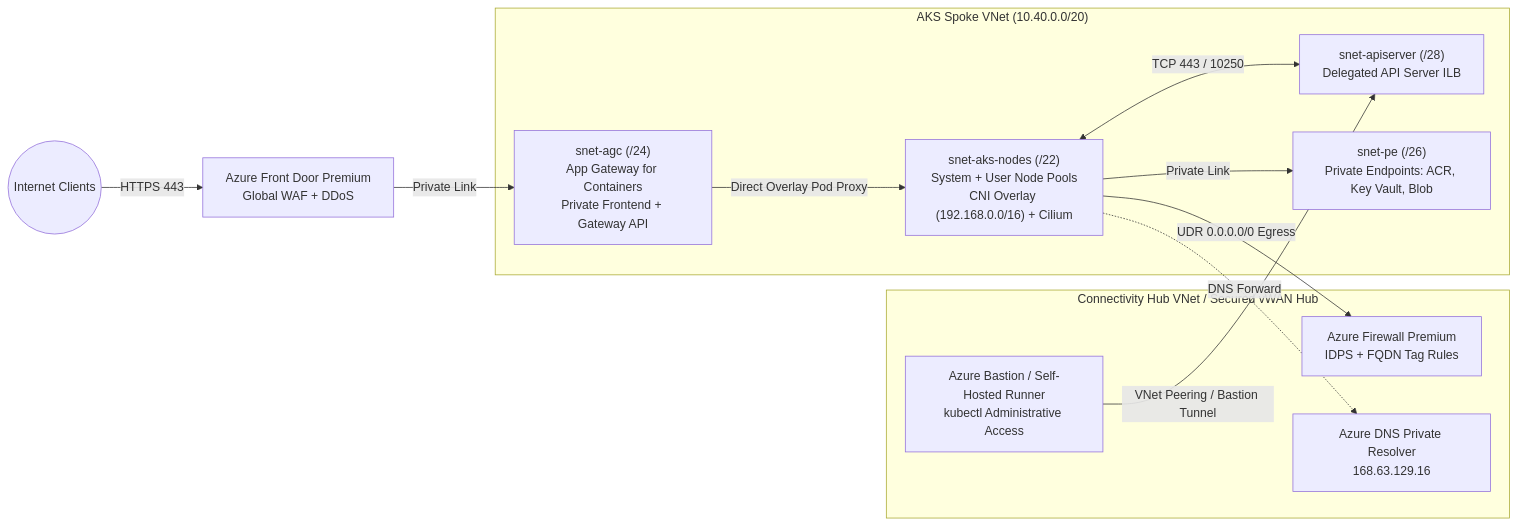
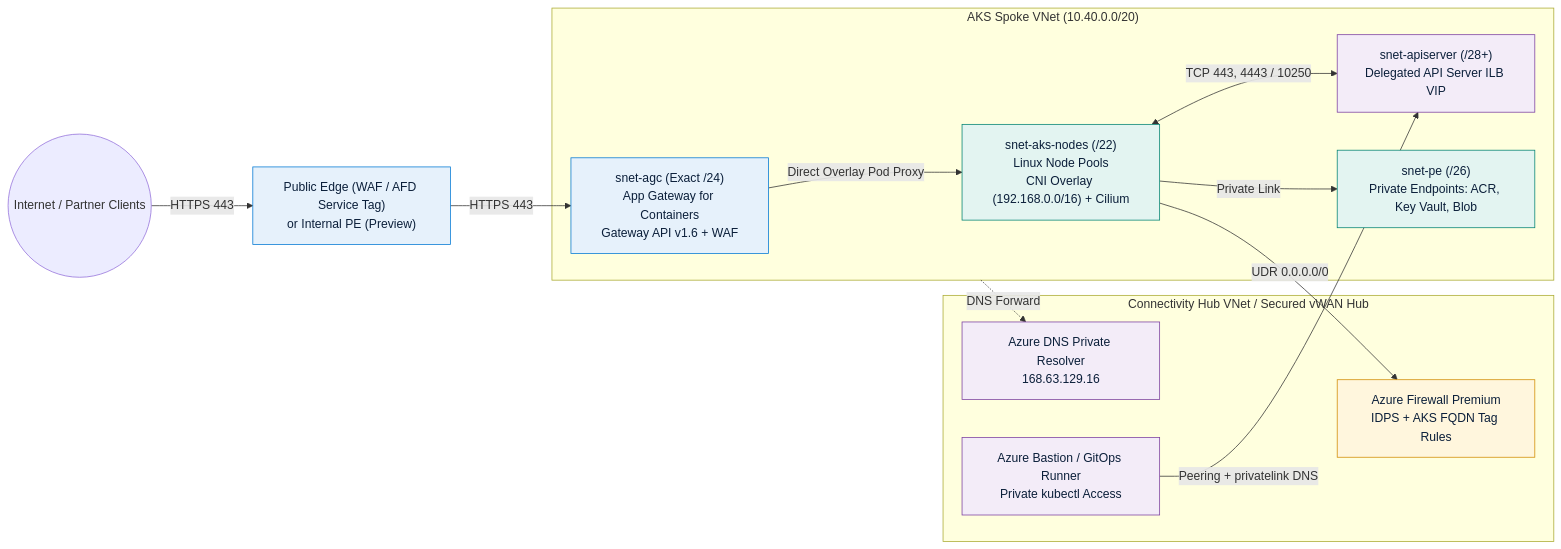
One commit to jonathan-vella/azure-networking changed the second of 2 diagrams in src/content/docs/05-workload-networking/aks-networking.md. Above: the diagram before and after it, drawn with Mermaid. The commit also changed other lines of this file and 5 other files, not shown here.

Commit message:
docs(workloads): verify AKS, AVS Gen 1/2, Foundry & Fabric networking and add SVG diagrams

````diff
--- a/src/content/docs/05-workload-networking/aks-networking.md
+++ b/src/content/docs/05-workload-networking/aks-networking.md
@@ -153,27 +174,32 @@
 ```mermaid
 flowchart LR
-  Internet(("Internet Clients"))
-  AFD["Azure Front Door Premium<br/>Global WAF + DDoS"]
+  classDef edge fill:#E6F1FB,stroke:#0078D4,color:#0B1F3A
+  classDef hub fill:#F3ECF8,stroke:#7B3FA0,color:#0B1F3A
+  classDef spoke fill:#E3F4F1,stroke:#008272,color:#0B1F3A
+  classDef sec fill:#FFF6DD,stroke:#D18B00,color:#0B1F3A
+
+  Internet(("Internet / Partner Clients"))
+  AFD["Public Edge (WAF / AFD Service Tag)<br/>or Internal PE (Preview)"]:::edge
 
   subgraph Hub["Connectivity Hub VNet / Secured vWAN Hub"]
-    FW["Azure Firewall Premium<br/>IDPS + FQDN Tag Rules"]
-    DNS["Azure DNS Private Resolver<br/>168.63.129.16"]
-    Bastion["Azure Bastion / Self-Hosted Runner<br/>kubectl Administrative Access"]
+    FW["Azure Firewall Premium<br/>IDPS + AKS FQDN Tag Rules"]:::sec
+    DNS["Azure DNS Private Resolver<br/>168.63.129.16"]:::hub
+    Bastion["Azure Bastion / GitOps Runner<br/>Private kubectl Access"]:::hub
   end
 
   subgraph Spoke["AKS Spoke VNet (10.40.0.0/20)"]
-    AGC["snet-agc (/24)<br/>App Gateway for Containers<br/>Private Frontend + Gateway API"]
-    APISub["snet-apiserver (/28)<br/>Delegated API Server ILB"]
-    Nodes["snet-aks-nodes (/22)<br/>System + User Node Pools<br/>CNI Overlay (192.168.0.0/16) + Cilium"]
-    PESub["snet-pe (/26)<br/>Private Endpoints: ACR, Key Vault, Blob"]
+    AGC["snet-agc (Exact /24)<br/>App Gateway for Containers<br/>Gateway API v1.6 + WAF"]:::edge
+    APISub["snet-apiserver (/28+)<br/>Delegated API Server ILB VIP"]:::hub
+    Nodes["snet-aks-nodes (/22)<br/>Linux Node Pools<br/>CNI Overlay (192.168.0.0/16) + Cilium"]:::spoke
+    PESub["snet-pe (/26)<br/>Private Endpoints: ACR, Key Vault, Blob"]:::spoke
   end
 
   Internet -->|HTTPS 443| AFD
-  AFD -->|Private Link| AGC
+  AFD -->|HTTPS 443| AGC
   AGC -->|Direct Overlay Pod Proxy| Nodes
-  Nodes <-->|TCP 443 / 10250| APISub
-  Bastion -->|VNet Peering / Bastion Tunnel| APISub
+  Nodes <-->|TCP 443, 4443 / 10250| APISub
+  Bastion -->|Peering + privatelink DNS| APISub
   Nodes -->|Private Link| PESub
-  Nodes -->|UDR 0.0.0.0/0 Egress| FW
-  Nodes -.->|DNS Forward| DNS
+  Nodes -->|UDR 0.0.0.0/0| FW
+  Spoke -.->|DNS Forward| DNS
 ```
````
